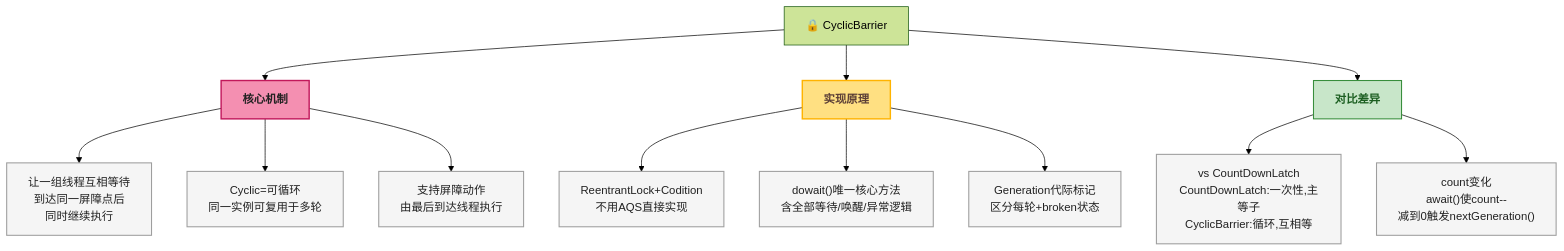
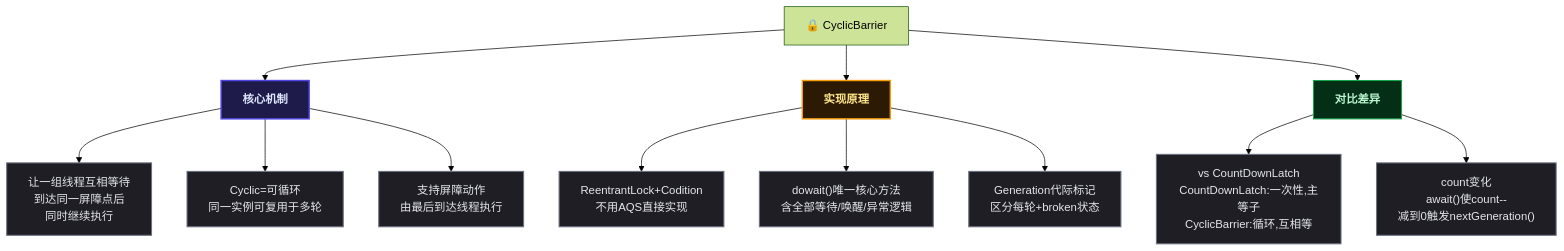
One commit to yaocat55/yaocat55.github.io changed the fourth of 4 diagrams in content/posts/concurrency/CyclicBarrier.md. Above: the diagram before and after it, drawn with Mermaid (forest theme). The commit also changed other lines of this file and 155 other files, not shown here.

````diff
--- a/content/posts/concurrency/CyclicBarrier.md
+++ b/content/posts/concurrency/CyclicBarrier.md
@@ -623,28 +623,28 @@
 ```mermaid
 flowchart TD
-    classDef core fill:#F48FB1,stroke:#C2185B,stroke-width:2px,color:#212121,font-weight:bold;
-    classDef mech fill:#FFE082,stroke:#FFB300,stroke-width:2px,color:#5D4037,font-weight:bold;
-    classDef diff fill:#C8E6C9,stroke:#388E3C,stroke-width:1.5px,color:#1B5E20,font-weight:bold;
-    classDef detail fill:#F5F5F5,stroke:#9E9E9E,stroke-width:1.5px,color:#212121;
+classDef core fill:#1e1b4b,stroke:#4f46e5,stroke-width:2px,color:#e0e7ff,font-weight:bold;
+classDef mech fill:#2d1a05,stroke:#f59e0b,stroke-width:2px,color:#fde68a,font-weight:bold;
+classDef diff fill:#052e16,stroke:#16a34a,stroke-width:1.5px,color:#bbf7d0,font-weight:bold;
+classDef detail fill:#1e1e24,stroke:#6b7280,stroke-width:1.5px,color:#e5e7eb;
 
     CB[🔒 CyclicBarrier]
     CB --> CORE[核心机制]
     CB --> MECH[实现原理]
     CB --> DIFF[对比差异]
 
     CORE --> C1["让一组线程互相等待\n到达同一屏障点后\n同时继续执行"]
     CORE --> C2["Cyclic=可循环\n同一实例可复用于多轮"]
     CORE --> C3["支持屏障动作\n由最后到达线程执行"]
 
     MECH --> M1["ReentrantLock+Codition\n不用AQS直接实现"]
     MECH --> M2["dowait()唯一核心方法\n含全部等待/唤醒/异常逻辑"]
     MECH --> M3["Generation代际标记\n区分每轮+broken状态"]
 
     DIFF --> D1["vs CountDownLatch\nCountDownLatch:一次性,主等子\nCyclicBarrier:循环,互相等"]
     DIFF --> D2["count变化\nawait()使count--\n减到0触发nextGeneration()"]
 
     class CORE core;
     class MECH mech;
     class DIFF diff;
     class C1,C2,C3,M1,M2,M3,D1,D2 detail;
 ```
````
